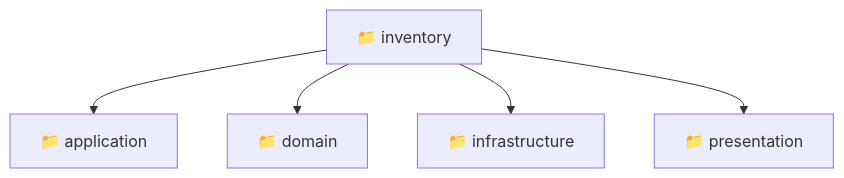
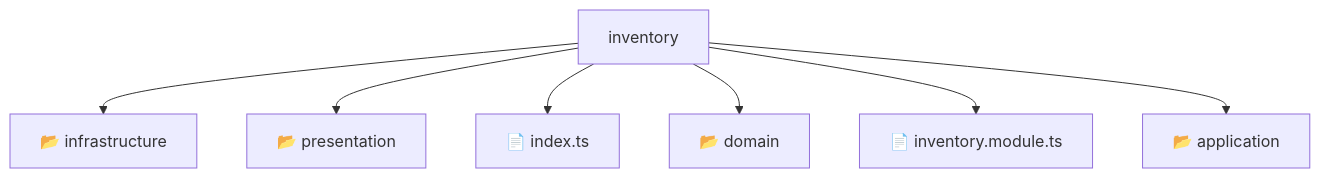
One commit to beginwebdev2002/fullstack-mavluda changed the diagram in backend/src/modules/inventory/README.md. Above: the diagram before and after it, drawn with Mermaid. The commit also changed other lines of this file and 155 other files, not shown here.

````diff
--- a/backend/src/modules/inventory/README.md
+++ b/backend/src/modules/inventory/README.md
@@ -10,8 +14,10 @@
 ```mermaid
 graph TD
-  Root["📁 inventory"]
-  Root --> application["📁 application"]
-  Root --> domain["📁 domain"]
-  Root --> infrastructure["📁 infrastructure"]
-  Root --> presentation["📁 presentation"]
+    Root[inventory]
+    Root --> F0[📂 infrastructure]
+    Root --> F1[📂 presentation]
+    Root --> F2[📄 index.ts]
+    Root --> F3[📂 domain]
+    Root --> F4[📄 inventory.module.ts]
+    Root --> F5[📂 application]
 ```
````
